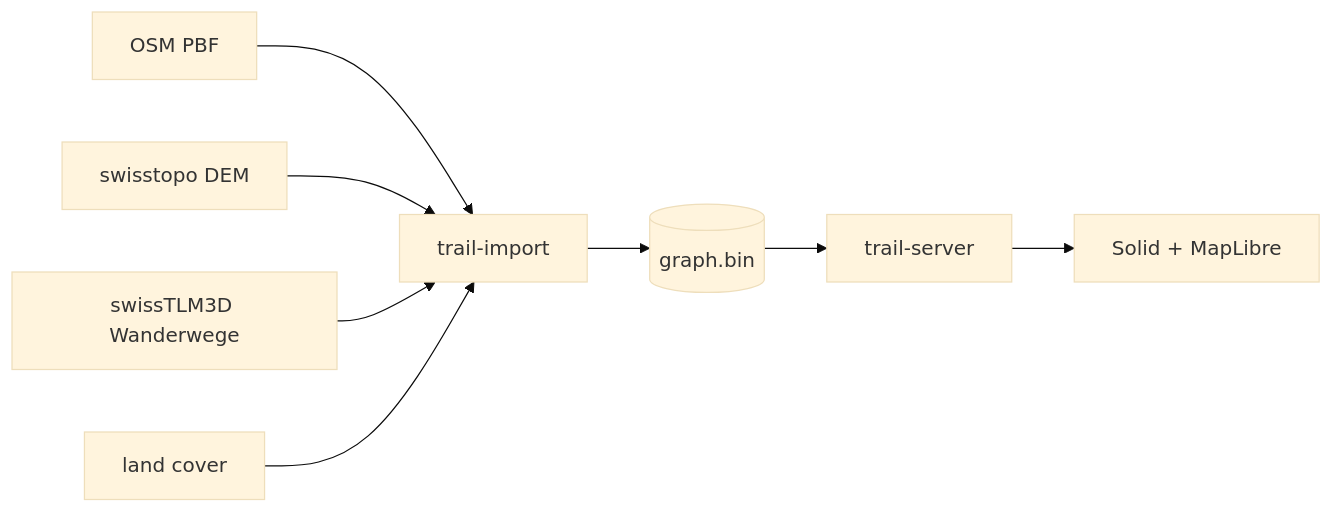
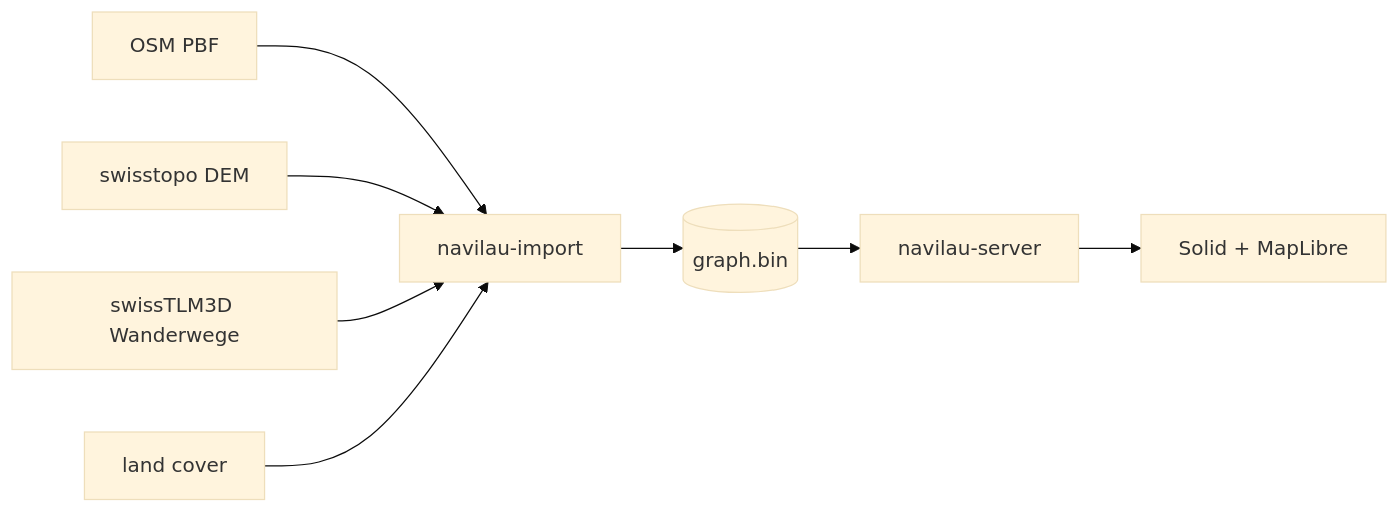
Before and after one commit to markbeep/ayoo-trail: the diagram in docs/design.md, drawn with Mermaid (base theme). The commit also changed other lines of this file and 21 other files, not shown here.

````diff
--- a/docs/design.md
+++ b/docs/design.md
@@ -79,10 +79,10 @@
 ```mermaid
 flowchart LR
-  OSM[OSM PBF] --> IMP[trail-import]
+  OSM[OSM PBF] --> IMP[navilau-import]
   DEM[swisstopo DEM] --> IMP
   OFF[swissTLM3D Wanderwege] --> IMP
   LC[land cover] --> IMP
   IMP --> GRAPH[(graph.bin)]
-  GRAPH --> SRV[trail-server]
+  GRAPH --> SRV[navilau-server]
   SRV --> WEB[Solid + MapLibre]
 ```
````
